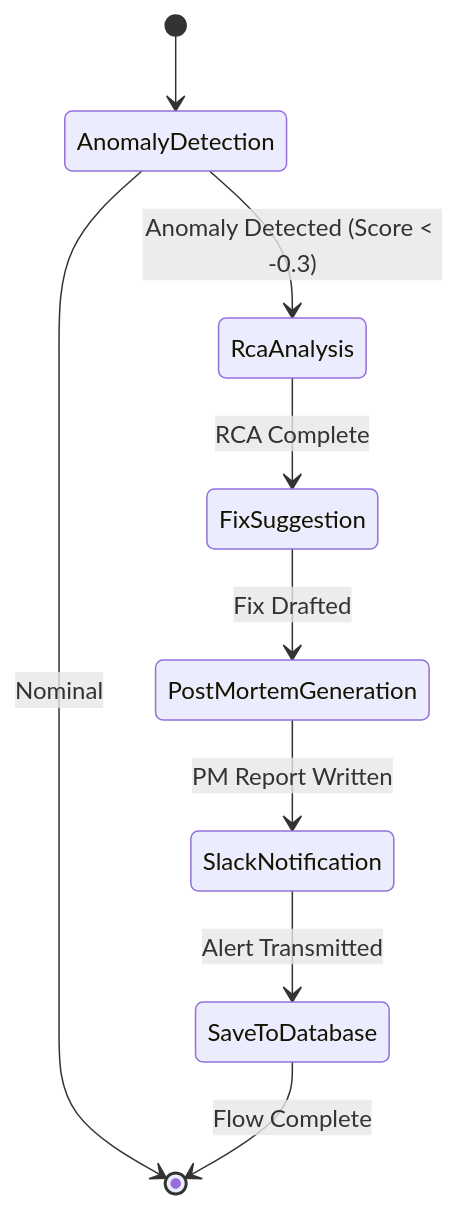
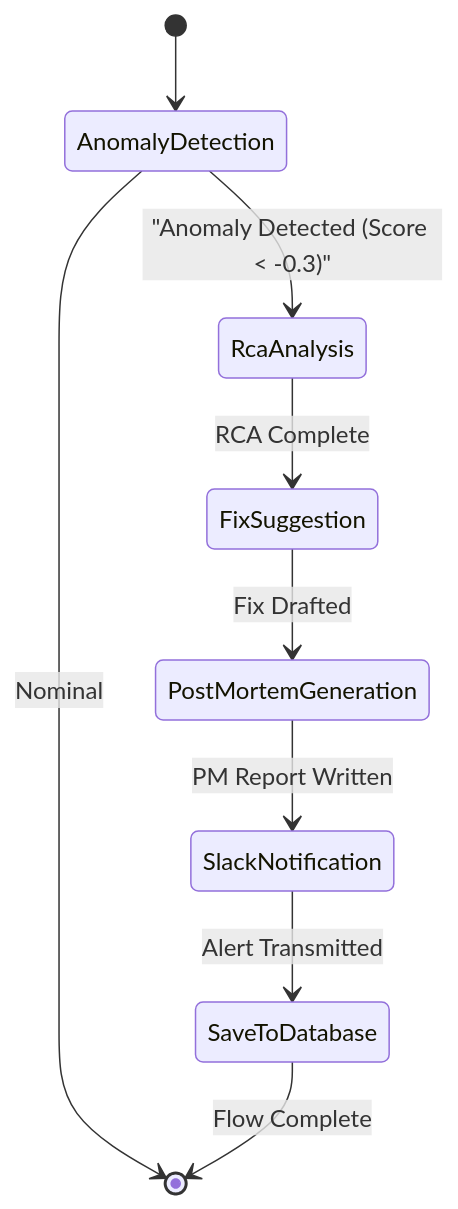
One commit to hariprasath-dlh/rootmind changed the second of 2 diagrams in README.md. Above: the diagram before and after it, drawn with Mermaid. The commit also changed other lines of this file, not shown here.

Commit message:
docs: fix mermaid diagram rendering syntax in README

````diff
--- a/README.md
+++ b/README.md
@@ -88,11 +88,11 @@
 ```mermaid
 stateDiagram-v2
     [*] --> AnomalyDetection
-    AnomalyDetection --> RcaAnalysis : Anomaly Detected (Score < -0.3)
+    AnomalyDetection --> RcaAnalysis : "Anomaly Detected (Score < -0.3)"
     AnomalyDetection --> [*] : Nominal
     RcaAnalysis --> FixSuggestion : RCA Complete
     FixSuggestion --> PostMortemGeneration : Fix Drafted
     PostMortemGeneration --> SlackNotification : PM Report Written
     SlackNotification --> SaveToDatabase : Alert Transmitted
     SaveToDatabase --> [*] : Flow Complete
 ```
````
